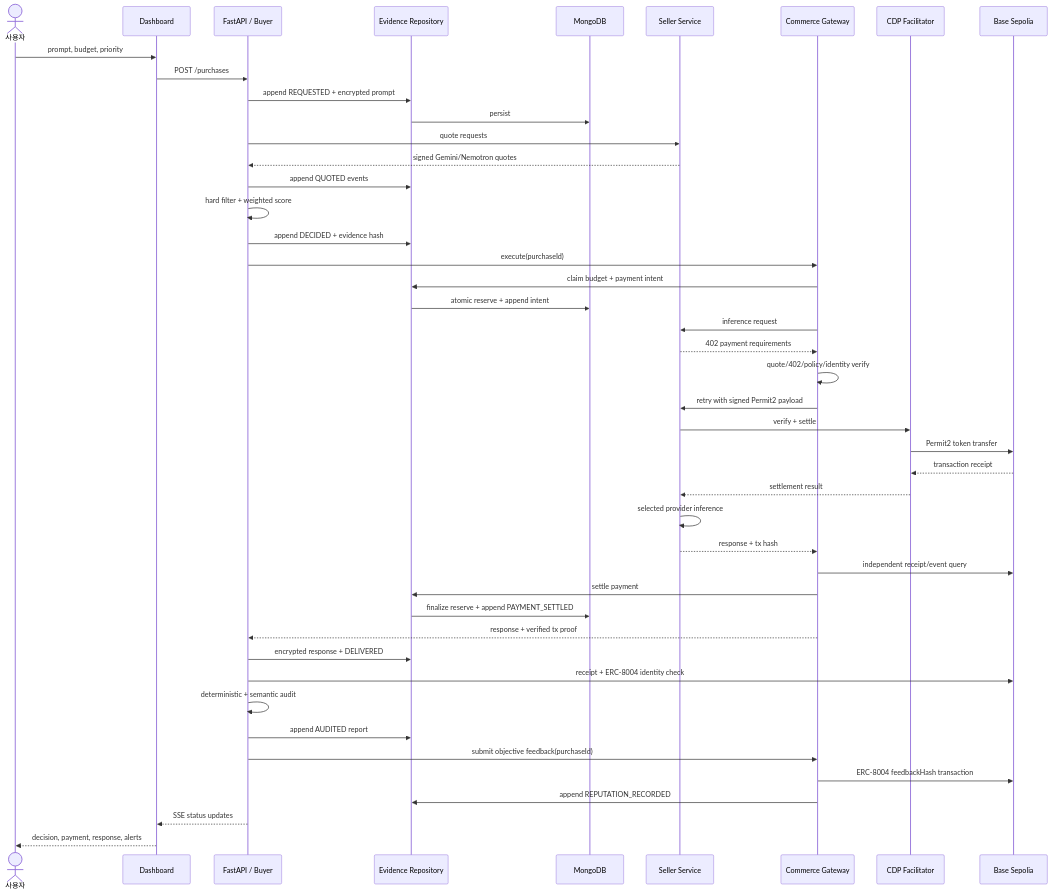
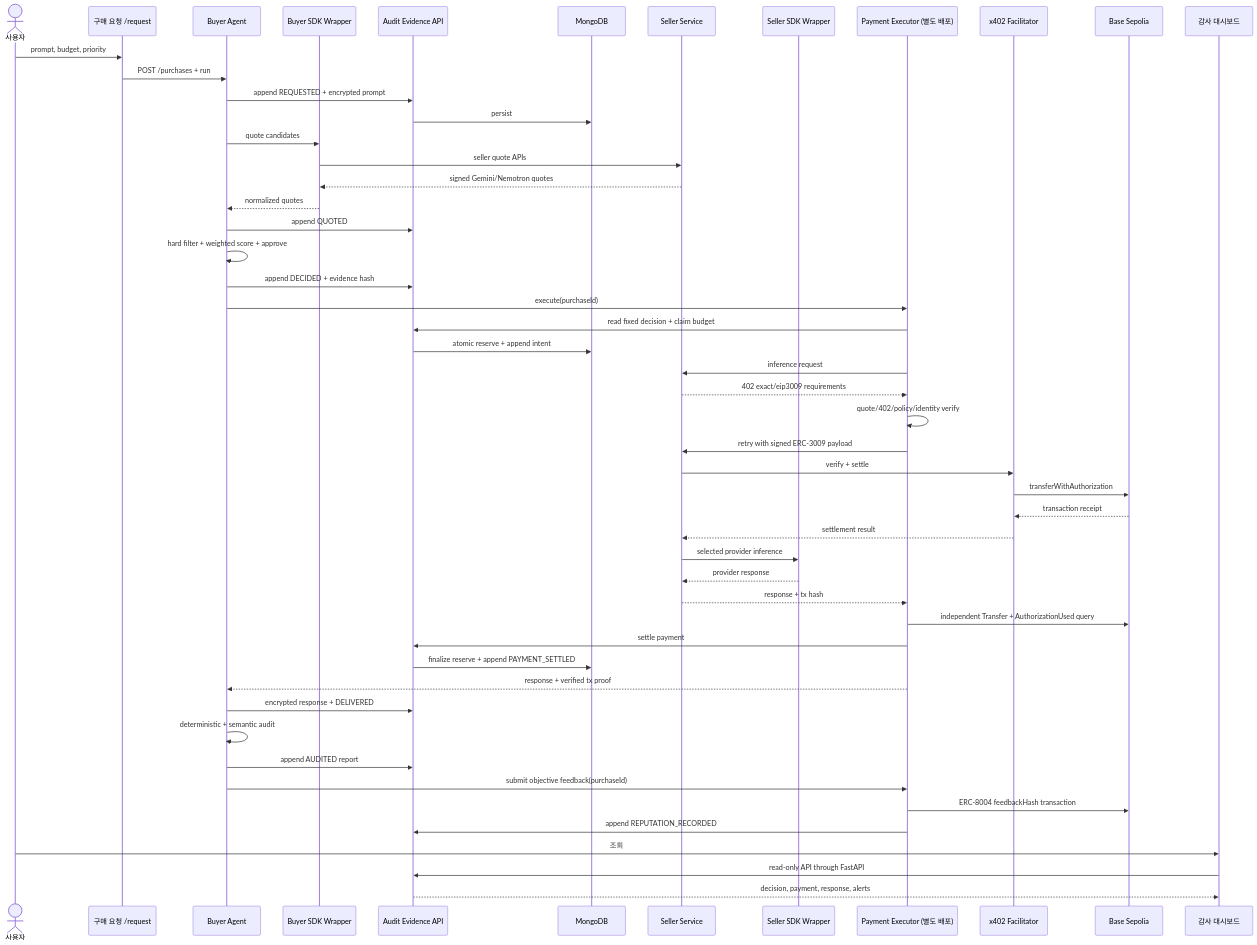
The second of 3 diagrams in aidlc-docs/inception/design.md (codenameVien/ai-agent-payment-audit), drawn with Mermaid before and after one commit. The commit also changed other lines of this file and 58 other files, not shown here.

````diff
--- a/aidlc-docs/inception/design.md
+++ b/aidlc-docs/inception/design.md
@@ -233,48 +265,54 @@
 ```mermaid
 sequenceDiagram
   actor U as 사용자
-  participant W as Dashboard
-  participant A as FastAPI / Buyer
-  participant E as Evidence Repository
+  participant RQ as 구매 요청 /request
+  participant B as Buyer Agent
+  participant BW as Buyer SDK Wrapper
+  participant E as Audit Evidence API
   participant M as MongoDB
   participant S as Seller Service
-  participant G as Commerce Gateway
-  participant F as CDP Facilitator
+  participant SW as Seller SDK Wrapper
+  participant P as Payment Executor (별도 배포)
+  participant F as x402 Facilitator
   participant C as Base Sepolia
+  participant D as 감사 대시보드
 
-  U->>W: prompt, budget, priority
-  W->>A: POST /purchases
-  A->>E: append REQUESTED + encrypted prompt
+  U->>RQ: prompt, budget, priority
+  RQ->>B: POST /purchases + run
+  B->>E: append REQUESTED + encrypted prompt
   E->>M: persist
-  A->>S: quote requests
-  S-->>A: signed Gemini/Nemotron quotes
-  A->>E: append QUOTED events
-  A->>A: hard filter + weighted score
-  A->>E: append DECIDED + evidence hash
-  A->>G: execute(purchaseId)
-  G->>E: claim budget + payment intent
+  B->>BW: quote candidates
+  BW->>S: seller quote APIs
+  S-->>BW: signed Gemini/Nemotron quotes
+  BW-->>B: normalized quotes
+  B->>E: append QUOTED
+  B->>B: hard filter + weighted score + approve
+  B->>E: append DECIDED + evidence hash
+  B->>P: execute(purchaseId)
+  P->>E: read fixed decision + claim budget
   E->>M: atomic reserve + append intent
-  G->>S: inference request
-  S-->>G: 402 payment requirements
-  G->>G: quote/402/policy/identity verify
-  G->>S: retry with signed Permit2 payload
+  P->>S: inference request
+  S-->>P: 402 exact/eip3009 requirements
+  P->>P: quote/402/policy/identity verify
+  P->>S: retry with signed ERC-3009 payload
   S->>F: verify + settle
-  F->>C: Permit2 token transfer
+  F->>C: transferWithAuthorization
   C-->>F: transaction receipt
   F-->>S: settlement result
-  S->>S: selected provider inference
-  S-->>G: response + tx hash
-  G->>C: independent receipt/event query
-  G->>E: settle payment
+  S->>SW: selected provider inference
+  SW-->>S: provider response
+  S-->>P: response + tx hash
+  P->>C: independent Transfer + AuthorizationUsed query
+  P->>E: settle payment
   E->>M: finalize reserve + append PAYMENT_SETTLED
-  G-->>A: response + verified tx proof
-  A->>E: encrypted response + DELIVERED
-  A->>C: receipt + ERC-8004 identity check
-  A->>A: deterministic + semantic audit
-  A->>E: append AUDITED report
-  A->>G: submit objective feedback(purchaseId)
-  G->>C: ERC-8004 feedbackHash transaction
-  G->>E: append REPUTATION_RECORDED
-  A-->>W: SSE status updates
-  W-->>U: decision, payment, response, alerts
+  P-->>B: response + verified tx proof
+  B->>E: encrypted response + DELIVERED
+  B->>B: deterministic + semantic audit
+  B->>E: append AUDITED report
+  B->>P: submit objective feedback(purchaseId)
+  P->>C: ERC-8004 feedbackHash transaction
+  P->>E: append REPUTATION_RECORDED
+  U->>D: 조회
+  D->>E: read-only API through FastAPI
+  E-->>D: decision, payment, response, alerts
 ```
````
